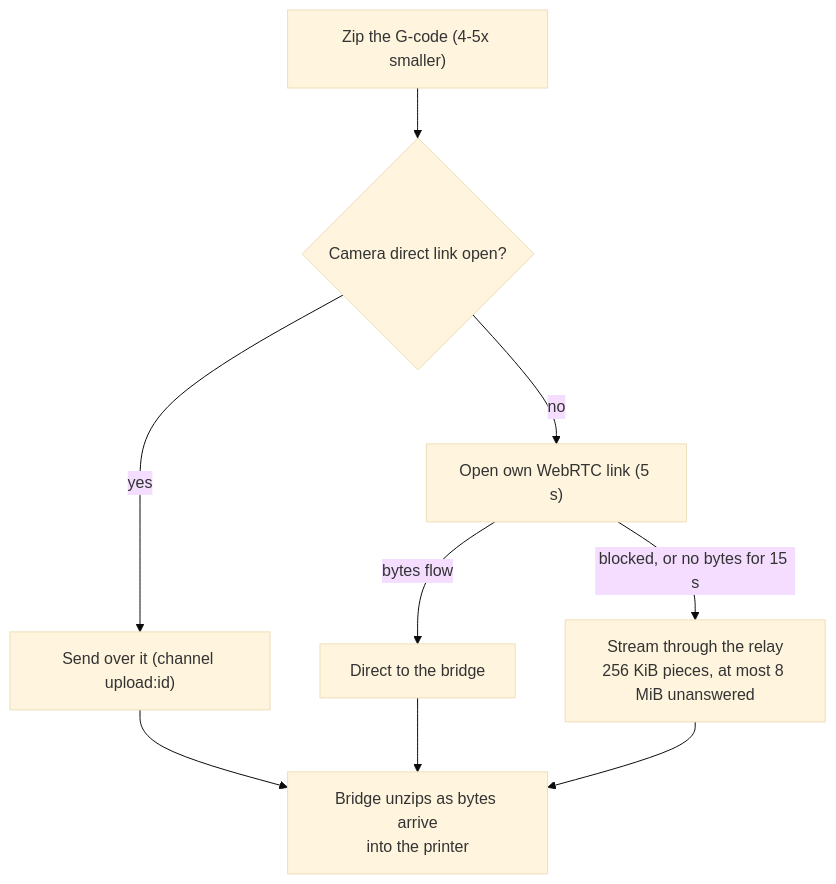
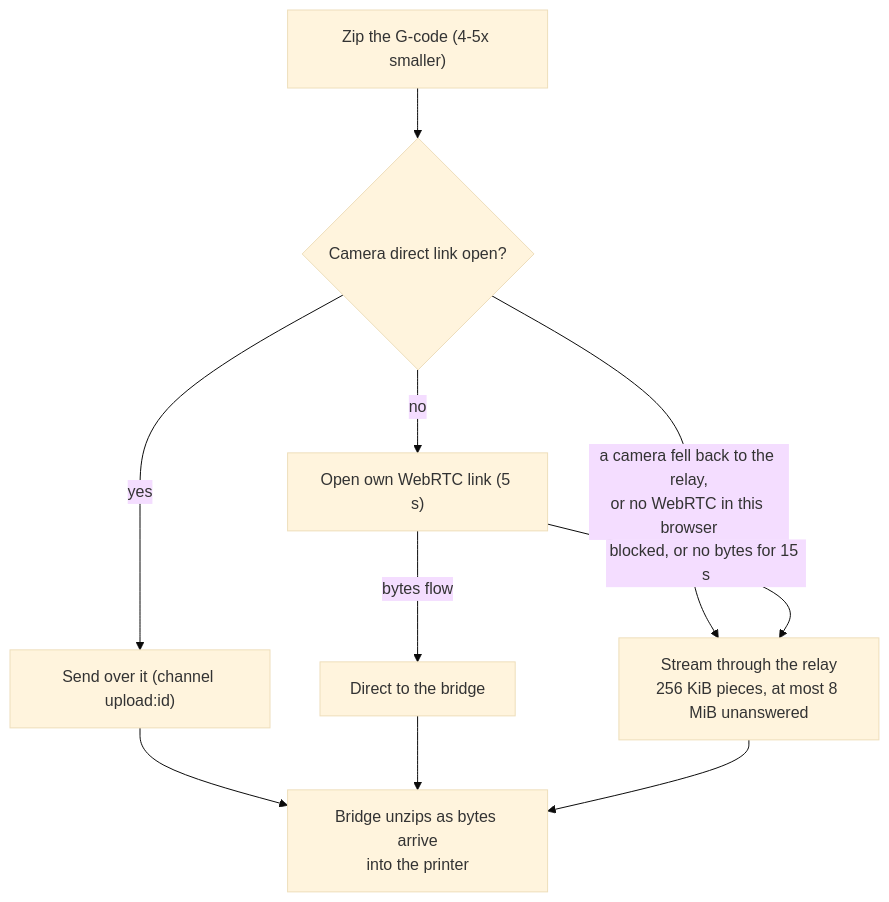
Before and after one commit to nissy34/cloud-slicer: the diagram in docs/architecture/send-to-printer.md, drawn with Mermaid (base theme). The commit also changed other lines of this file and 7 other files, not shown here.

````diff
--- a/docs/architecture/send-to-printer.md
+++ b/docs/architecture/send-to-printer.md
@@ -24,11 +24,12 @@
 ```mermaid
 flowchart TD
   z["Zip the G-code (4-5x smaller)"] --> cam{"Camera direct link open?"}
   cam -->|yes| ride["Send over it (channel upload:id)"]
+  cam -->|"a camera fell back to the relay,<br/>or no WebRTC in this browser"| relay
   cam -->|no| own["Open own WebRTC link (5 s)"]
   own -->|bytes flow| direct["Direct to the bridge"]
   own -->|"blocked, or no bytes for 15 s"| relay["Stream through the relay<br/>256 KiB pieces, at most 8 MiB unanswered"]
   ride --> unzip
   direct --> unzip
   relay --> unzip["Bridge unzips as bytes arrive<br/>into the printer"]
 ```
````
